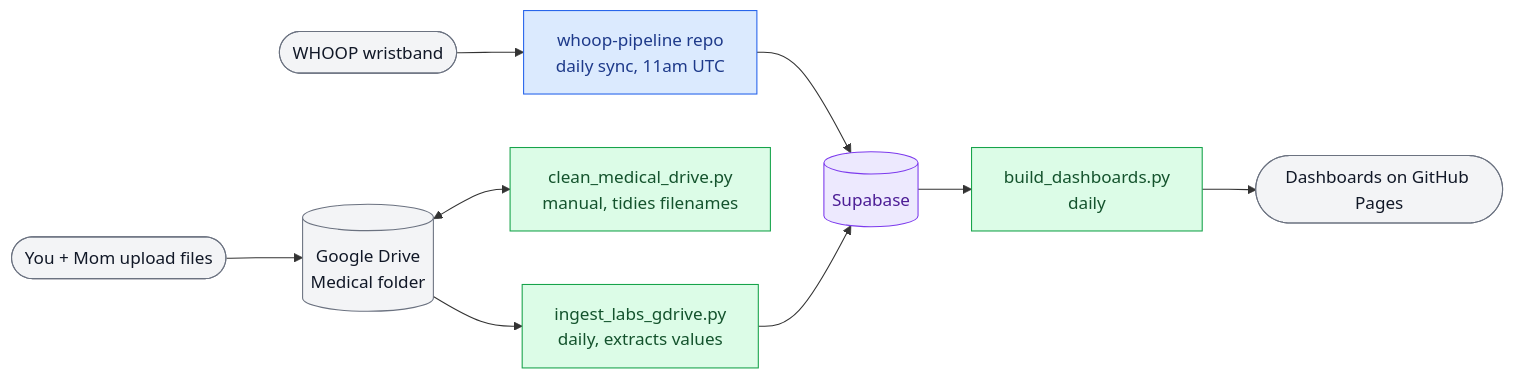
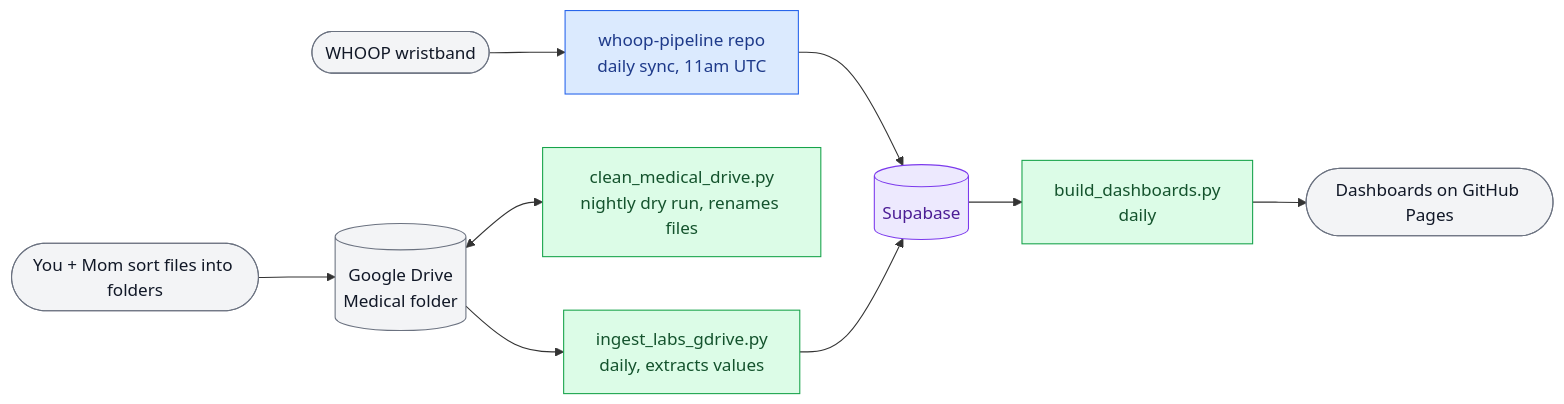
Before and after one commit to fernandomartinez-de/vital-signal-reports: the diagram in README.md, drawn with Mermaid. The commit also changed other lines of this file and 2 other files, not shown here.

First line of the commit message:
Stop moving files into year/category folders — rename only

````diff
--- a/README.md
+++ b/README.md
@@ -9,23 +9,23 @@
 ```mermaid
 flowchart LR
     W(["WHOOP wristband"]) --> WP["whoop-pipeline repo<br/>daily sync, 11am UTC"]
     WP --> DB[("Supabase")]
 
-    U(["You + Mom upload files"]) --> GD[("Google Drive<br/>Medical folder")]
-    GD <--> CL["clean_medical_drive.py<br/>manual, tidies filenames"]
+    U(["You + Mom sort files into folders"]) --> GD[("Google Drive<br/>Medical folder")]
+    GD <--> CL["clean_medical_drive.py<br/>nightly dry run, renames files"]
     GD --> IN["ingest_labs_gdrive.py<br/>daily, extracts values"]
     IN --> DB
 
     DB --> BD["build_dashboards.py<br/>daily"]
     BD --> OUT(["Dashboards on GitHub Pages"])
 
     classDef repo fill:#dbeafe,stroke:#2563eb,color:#1e3a8a;
     classDef thisrepo fill:#dcfce7,stroke:#16a34a,color:#14532d;
     classDef db fill:#ede9fe,stroke:#7c3aed,color:#4c1d95;
     classDef ext fill:#f3f4f6,stroke:#6b7280,color:#111827;
 
     class WP repo;
     class CL,IN,BD thisrepo;
     class DB db;
     class W,U,OUT,GD ext;
 ```
````
